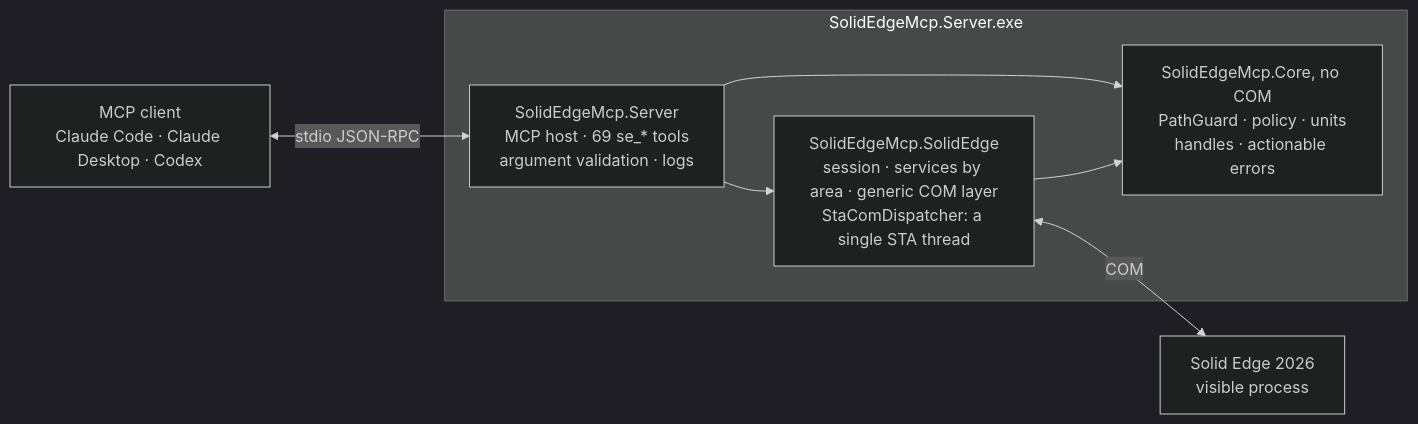
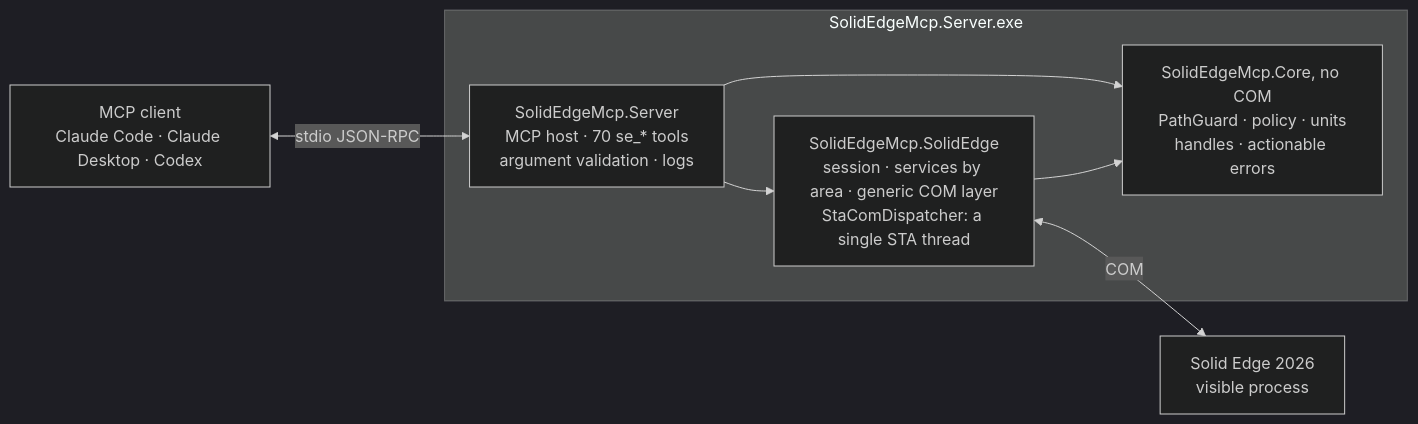
The diagram in README.md (gabichuuuuu/solid-edge-mcp), drawn with Mermaid (dark theme) before and after one commit. The commit also changed other lines of this file and 11 other files, not shown here.

````diff
--- a/README.md
+++ b/README.md
@@ -312,18 +313,18 @@
 ```mermaid
 flowchart LR
     client["MCP client<br/>Claude Code · Claude Desktop · Codex"]
 
     subgraph exe ["SolidEdgeMcp.Server.exe"]
-        server["SolidEdgeMcp.Server<br/>MCP host · 69 se_* tools<br/>argument validation · logs"]
+        server["SolidEdgeMcp.Server<br/>MCP host · 70 se_* tools<br/>argument validation · logs"]
         se["SolidEdgeMcp.SolidEdge<br/>session · services by area · generic COM layer<br/>StaComDispatcher: a single STA thread"]
         core["SolidEdgeMcp.Core, no COM<br/>PathGuard · policy · units<br/>handles · actionable errors"]
         server --> se
         server --> core
         se --> core
     end
 
     app["Solid Edge 2026<br/>visible process"]
 
     client <-->|stdio JSON-RPC| server
     se <-->|COM| app
 ```
````
